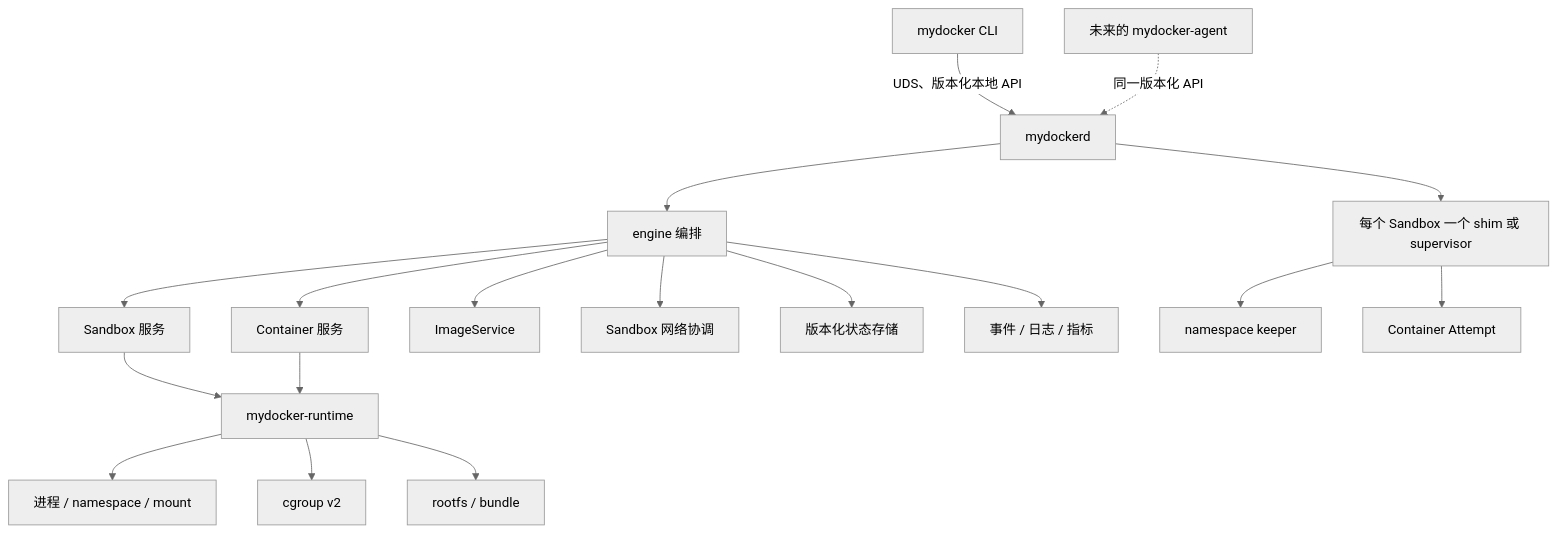
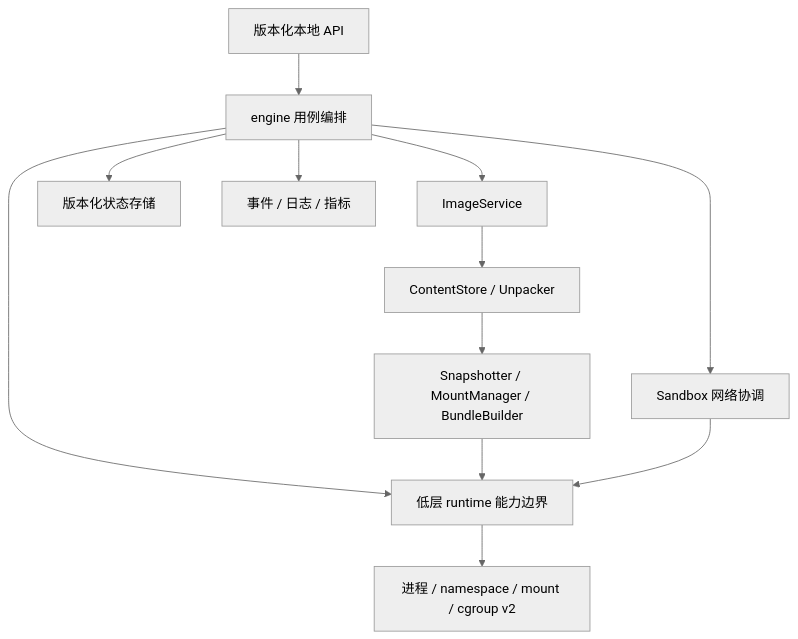
The second of 5 diagrams in docs/architecture.md (cont1nu1ty/mydocker), drawn with Mermaid (neutral theme) before and after one commit. The commit also changed other lines of this file and 75 other files, not shown here.

````diff
--- a/docs/architecture.md
+++ b/docs/architecture.md
@@ -60,20 +131,14 @@
 ```mermaid
 flowchart TD
-    CLI[mydocker CLI] -->|UDS、版本化本地 API| Daemon[mydockerd]
-    Daemon --> Engine[engine 编排]
-    Engine --> SandboxSvc[Sandbox 服务]
-    Engine --> ContainerSvc[Container 服务]
+    API[版本化本地 API] --> Engine[engine 用例编排]
     Engine --> ImageSvc[ImageService]
     Engine --> NetworkSvc[Sandbox 网络协调]
     Engine --> Store[版本化状态存储]
     Engine --> Observe[事件 / 日志 / 指标]
-    SandboxSvc --> Runtime[mydocker-runtime]
-    ContainerSvc --> Runtime
-    Runtime --> Process[进程 / namespace / mount]
-    Runtime --> Cgroup[cgroup v2]
-    Runtime --> Rootfs[rootfs / bundle]
-    Daemon --> Shim[每个 Sandbox 一个 shim 或 supervisor]
-    Shim --> Keeper[namespace keeper]
-    Shim --> Attempt[Container Attempt]
-    Agent[未来的 mydocker-agent] -.->|同一版本化 API| Daemon
+    Engine --> RuntimeBoundary[低层 runtime 能力边界]
+    ImageSvc --> Content[ContentStore / Unpacker]
+    Content --> Snapshot[Snapshotter / MountManager / BundleBuilder]
+    Snapshot --> RuntimeBoundary
+    NetworkSvc --> RuntimeBoundary
+    RuntimeBoundary --> Kernel[进程 / namespace / mount / cgroup v2]
 ```
````
